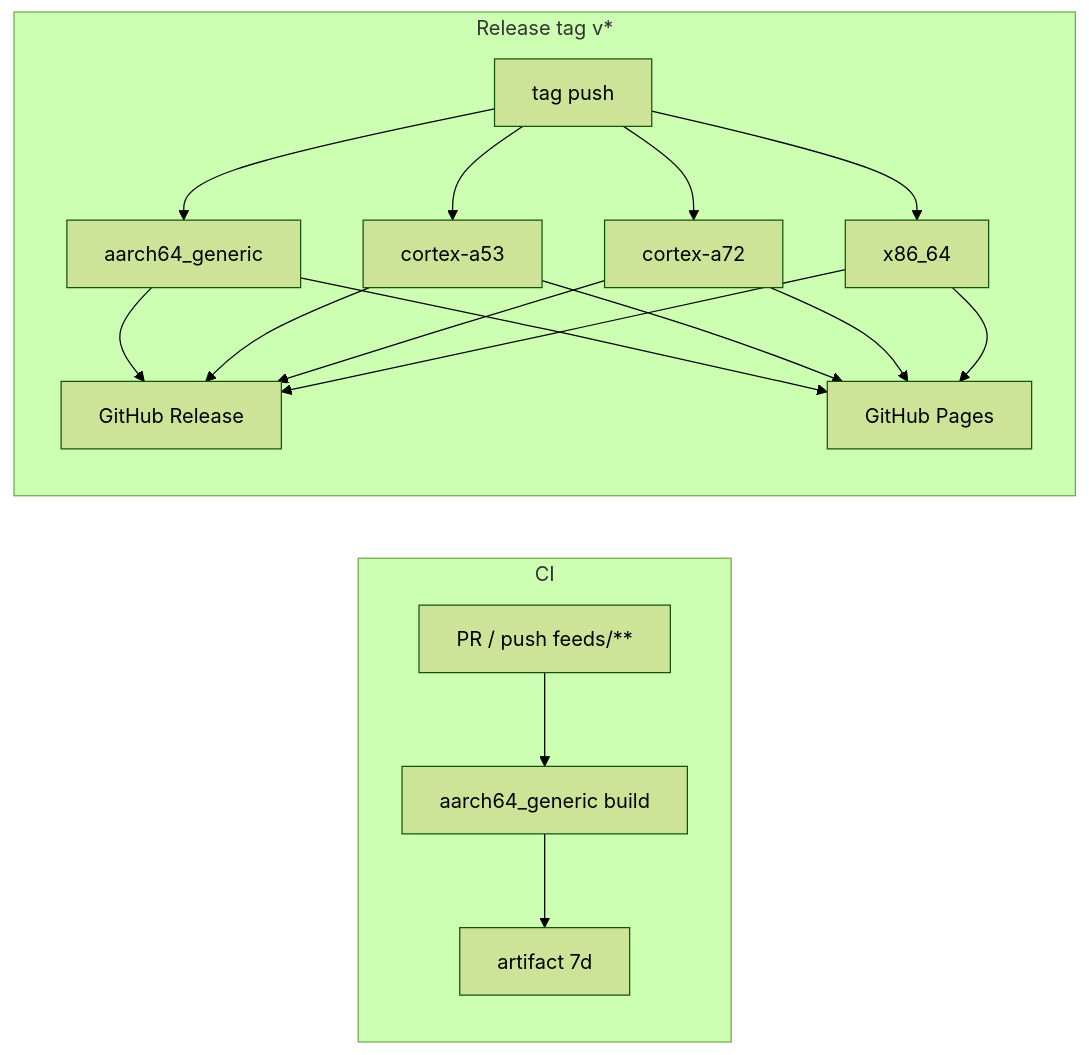
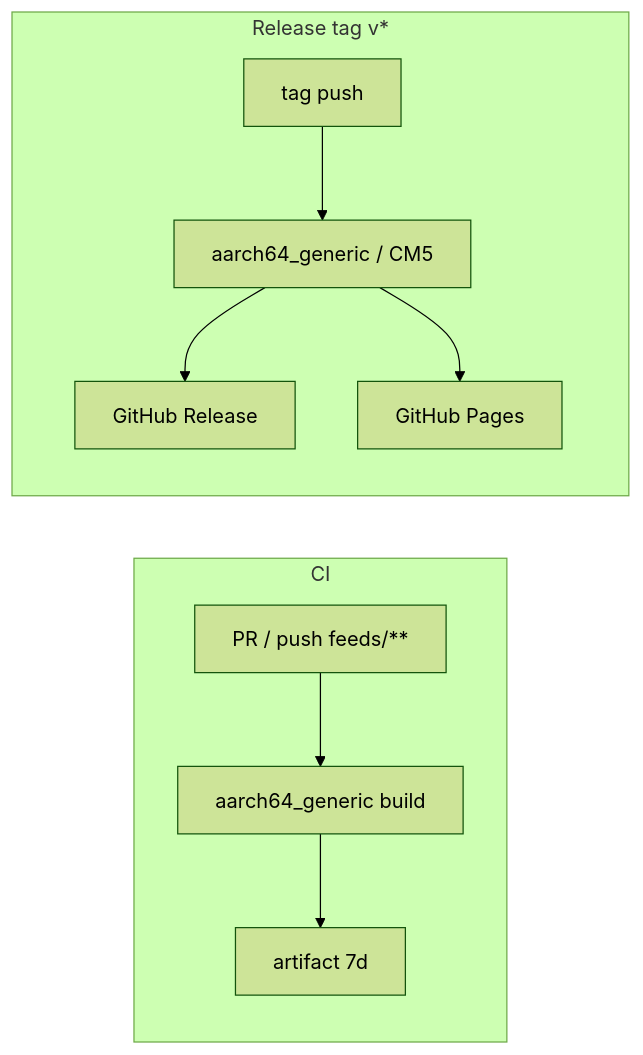
The diagram in docs/ci-github-actions-optimization.md (T-REX-XP/openwrt-packages), drawn with Mermaid (forest theme) before and after one commit. The commit also changed other lines of this file and 5 other files, not shown here.

````diff
--- a/docs/ci-github-actions-optimization.md
+++ b/docs/ci-github-actions-optimization.md
@@ -39,16 +39,13 @@
 ```mermaid
 flowchart LR
   subgraph ci [CI]
     PR[PR / push feeds/**] --> RK[aarch64_generic build]
     RK --> Art[artifact 7d]
   end
 
   subgraph rel [Release tag v*]
-    T[tag push] --> M1[aarch64_generic]
-    T --> M2[cortex-a53]
-    T --> M3[cortex-a72]
-    T --> M4[x86_64]
-    M1 & M2 & M3 & M4 --> GR[GitHub Release]
-    M1 & M2 & M3 & M4 --> PG[GitHub Pages]
+    T[tag push] --> CM5[aarch64_generic / CM5]
+    CM5 --> GR[GitHub Release]
+    CM5 --> PG[GitHub Pages]
   end
 ```
````
